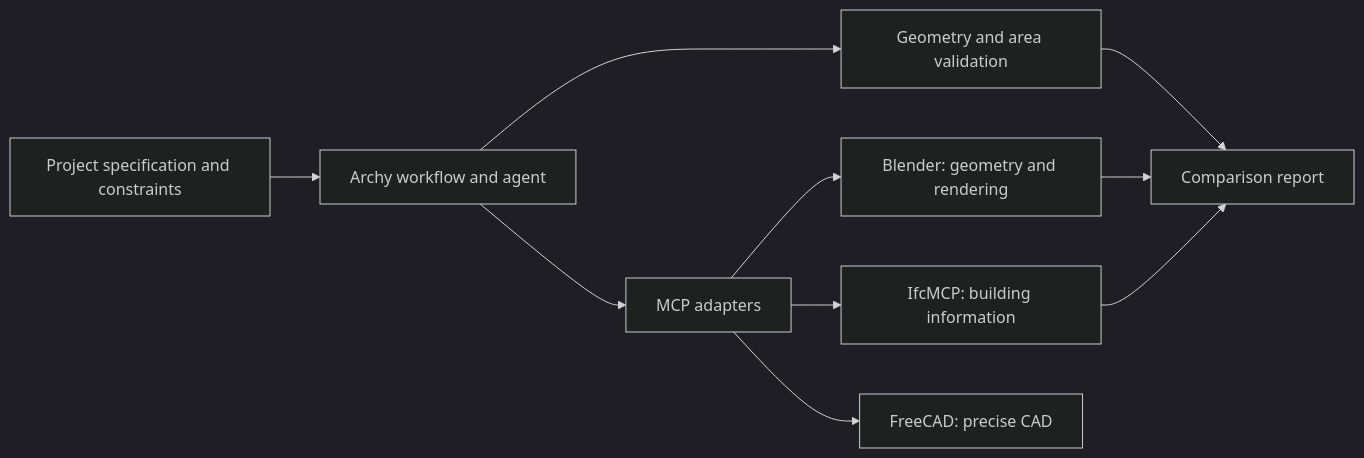
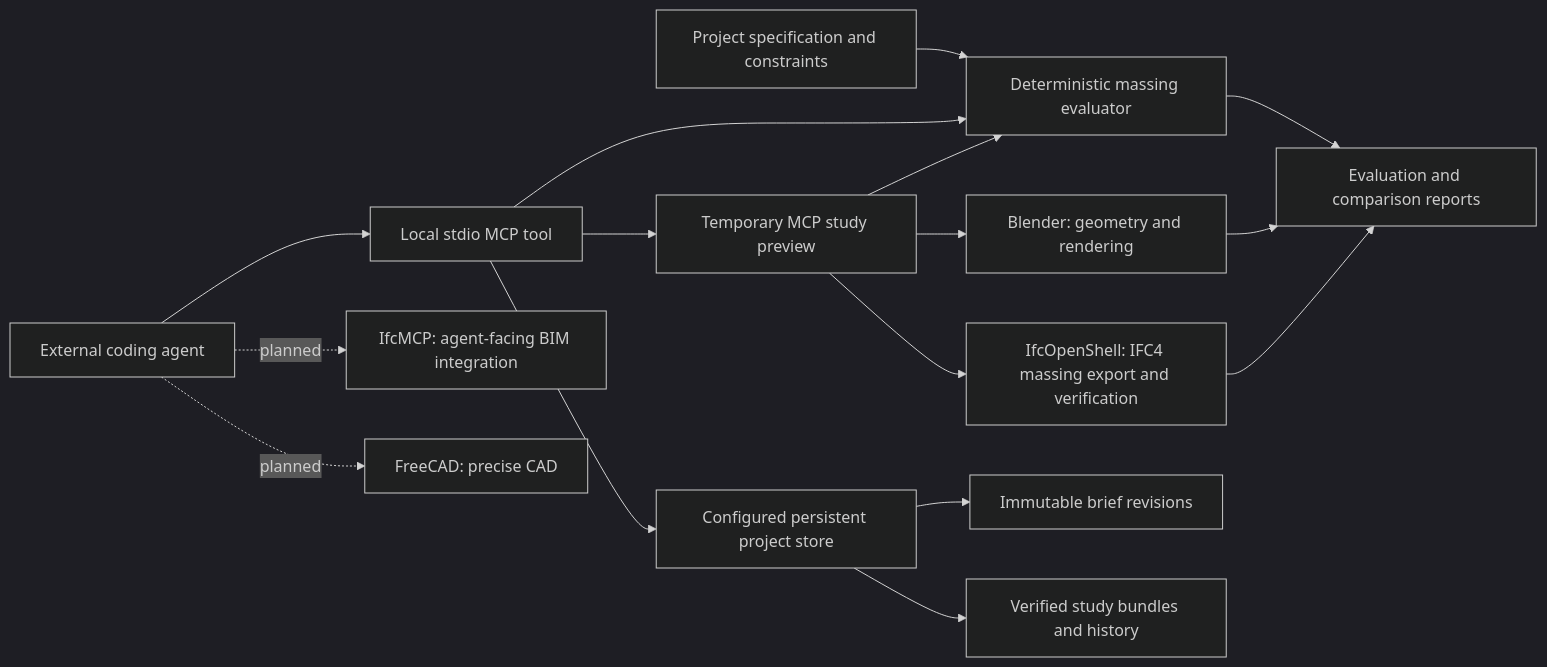
Before and after one commit to butahlecoq/Archy: the diagram in docs/architecture.md, drawn with Mermaid (dark theme). The commit also changed other lines of this file and 10 other files, not shown here.

Commit message:
Align project goals and add agent guardrails

````diff
--- a/docs/architecture.md
+++ b/docs/architecture.md
@@ -5,12 +5,18 @@
 ```mermaid
 flowchart LR
-    Brief[Project specification and constraints] --> Workflow[Archy workflow and agent]
-    Workflow --> Validation[Geometry and area validation]
-    Workflow --> Adapters[MCP adapters]
-    Adapters --> Blender[Blender: geometry and rendering]
-    Adapters --> IFC[IfcMCP: building information]
-    Adapters --> FreeCAD[FreeCAD: precise CAD]
-    Validation --> Report[Comparison report]
+    Brief[Project specification and constraints] --> Evaluation[Deterministic massing evaluator]
+    Agent[External coding agent] --> MCP[Local stdio MCP tool]
+    MCP --> Evaluation
+    MCP --> Workflow[Temporary MCP study preview]
+    MCP --> ProjectStore[Configured persistent project store]
+    ProjectStore --> Revisions[Immutable brief revisions]
+    ProjectStore --> Runs[Verified study bundles and history]
+    Workflow --> Evaluation
+    Workflow --> Blender[Blender: geometry and rendering]
+    Workflow --> IFC[IfcOpenShell: IFC4 massing export and verification]
+    Agent -. planned .-> IfcMCP[IfcMCP: agent-facing BIM integration]
+    Agent -. planned .-> FreeCAD[FreeCAD: precise CAD]
+    Evaluation --> Report[Evaluation and comparison reports]
     Blender --> Report
     IFC --> Report
 ```
````
